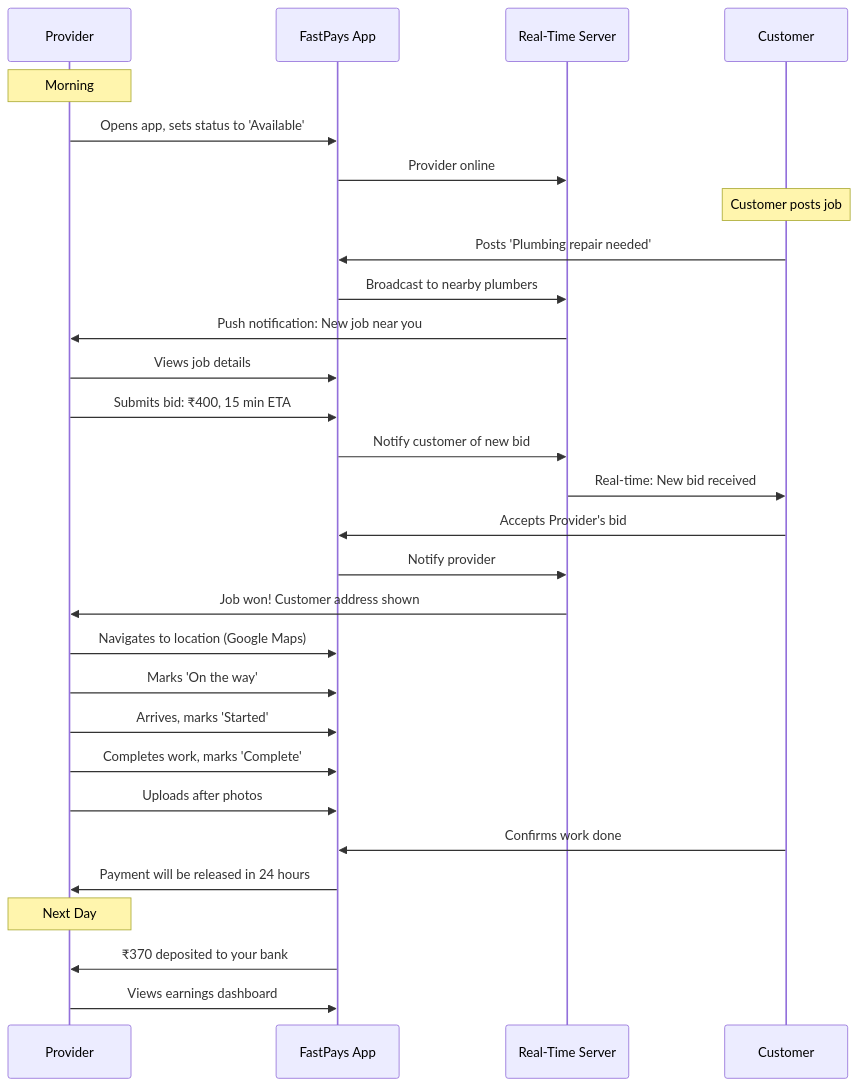
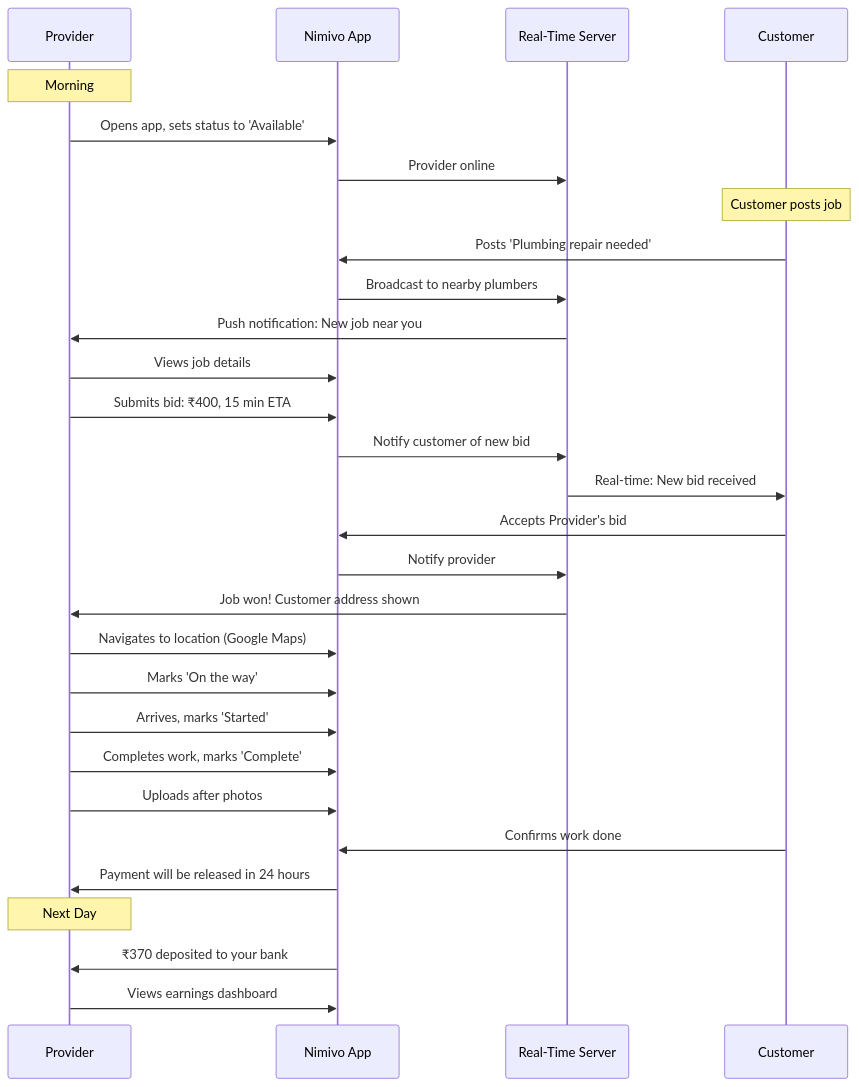
The fifth of 21 diagrams in WORKFLOW_DIAGRAMS.md (ashutosh48555/Nimivo), drawn with Mermaid before and after one commit. The commit also changed other lines of this file and 22 other files, not shown here.

````diff
--- a/WORKFLOW_DIAGRAMS.md
+++ b/WORKFLOW_DIAGRAMS.md
@@ -137,38 +137,38 @@
 ```mermaid
 sequenceDiagram
     participant P as Provider
-    participant App as FastPays App
+    participant App as Nimivo App
     participant Socket as Real-Time Server
     participant C as Customer
 
     Note over P: Morning
     P->>App: Opens app, sets status to 'Available'
     App->>Socket: Provider online
     
     Note over C: Customer posts job
     C->>App: Posts 'Plumbing repair needed'
     App->>Socket: Broadcast to nearby plumbers
     Socket->>P: Push notification: New job near you
     
     P->>App: Views job details
     P->>App: Submits bid: ₹400, 15 min ETA
     App->>Socket: Notify customer of new bid
     Socket->>C: Real-time: New bid received
     
     C->>App: Accepts Provider's bid
     App->>Socket: Notify provider
     Socket->>P: Job won! Customer address shown
     
     P->>App: Navigates to location (Google Maps)
     P->>App: Marks 'On the way'
     P->>App: Arrives, marks 'Started'
     P->>App: Completes work, marks 'Complete'
     P->>App: Uploads after photos
     
     C->>App: Confirms work done
     App->>P: Payment will be released in 24 hours
     
     Note over P: Next Day
     App->>P: ₹370 deposited to your bank
     P->>App: Views earnings dashboard
 ```
````
